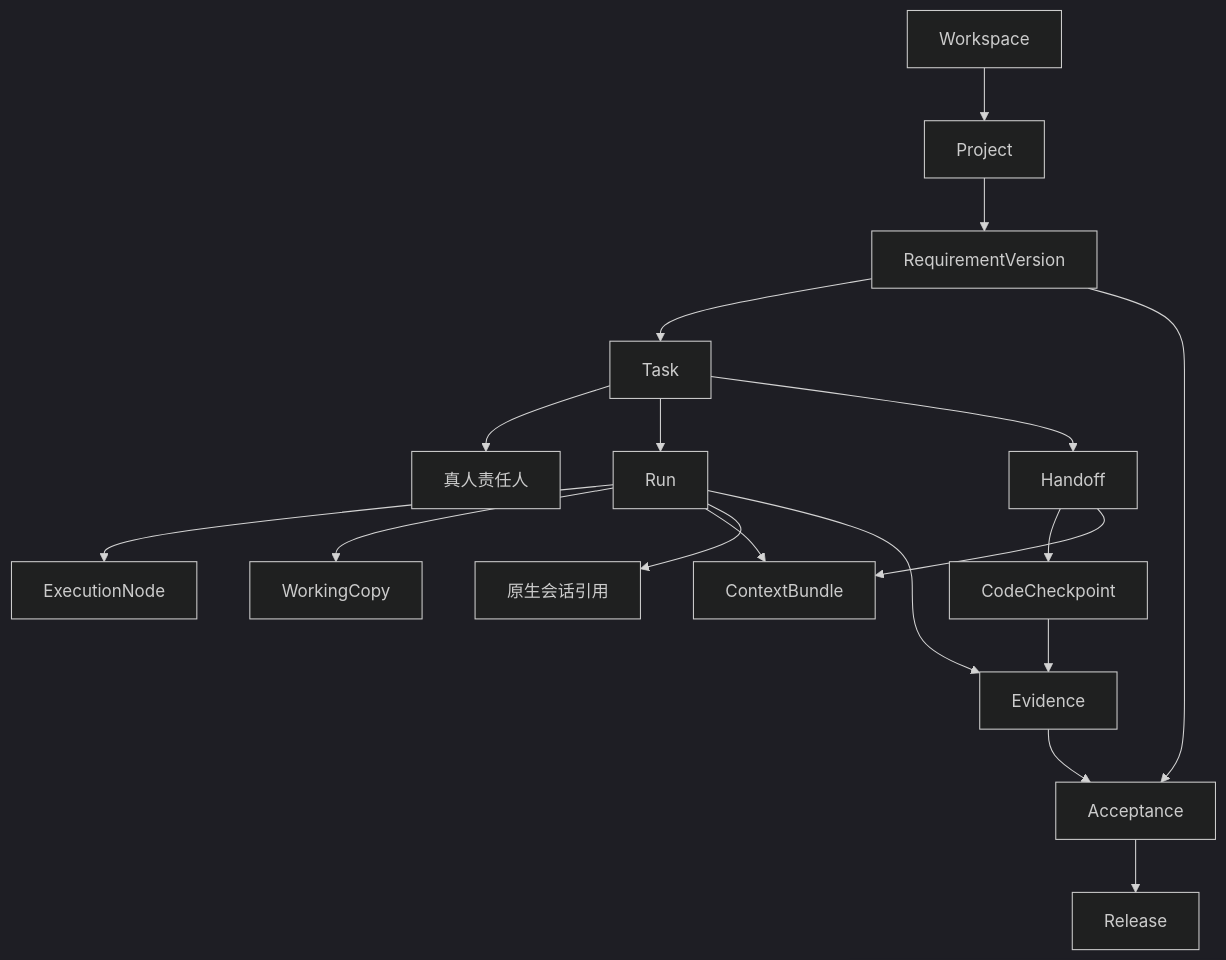
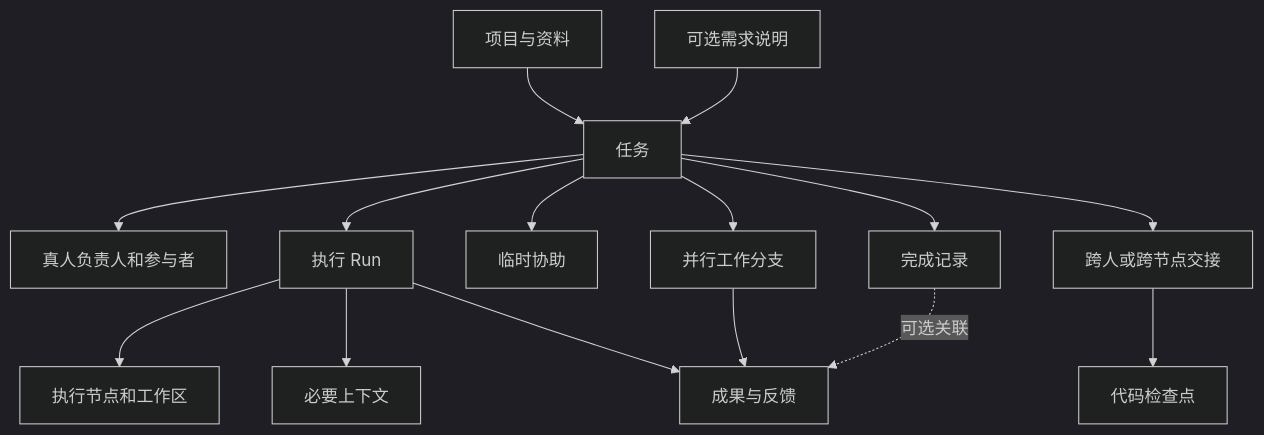
One commit to ntygod/HEXU changed the first of 2 diagrams in docs/product/05-domain-and-state.md. Above: the diagram before and after it, drawn with Mermaid (dark theme). The commit also changed other lines of this file, not shown here.

Commit message:
docs: simplify task states and separate collaboration from quality gates

````diff
--- a/docs/product/05-domain-and-state.md
+++ b/docs/product/05-domain-and-state.md
@@ -47,20 +44,17 @@
 ```mermaid
 flowchart TD
-    W[Workspace] --> P[Project]
-    P --> Q[RequirementVersion]
-    Q --> T[Task]
-    T --> U[真人责任人]
-    T --> R[Run]
-    R --> N[ExecutionNode]
-    R --> C[WorkingCopy]
-    R --> B[ContextBundle]
-    R --> S[原生会话引用]
-    T --> H[Handoff]
-    H --> K[CodeCheckpoint]
-    H --> B
-    R --> E[Evidence]
-    K --> E
-    Q --> A[Acceptance]
-    E --> A
-    A --> L[Release]
+    P[项目与资料] --> T[任务]
+    Q[可选需求说明] --> T
+    T --> U[真人负责人和参与者]
+    T --> R[执行 Run]
+    R --> N[执行节点和工作区]
+    R --> C[必要上下文]
+    T --> A[临时协助]
+    T --> B[并行工作分支]
+    T --> H[跨人或跨节点交接]
+    H --> K[代码检查点]
+    R --> O[成果与反馈]
+    B --> O
+    T --> D[完成记录]
+    D -.可选关联.-> O
 ```
````
